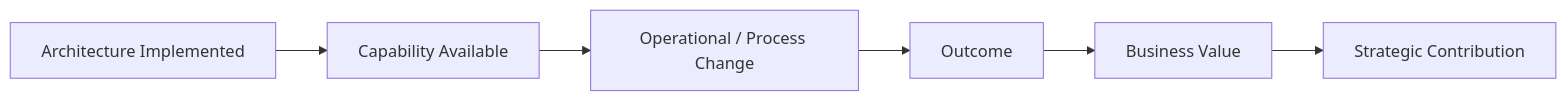
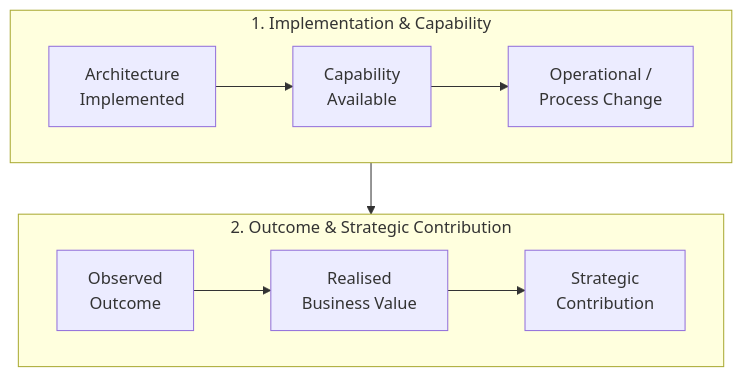
One commit to avfranco-br/portfolio changed the second of 5 diagrams in docs/sop/05-value-realisation-handover.md. Above: the diagram before and after it, drawn with Mermaid. The commit also changed other lines of this file and 10 other files, not shown here.

Commit message:
Refactor Mermaid diagrams across SOP and methods documentation for legibility

````diff
--- a/docs/sop/05-value-realisation-handover.md
+++ b/docs/sop/05-value-realisation-handover.md
@@ -105,8 +121,16 @@
 ```mermaid
-flowchart LR
-    A["Architecture Implemented"] --> B["Capability Available"]
-    B --> C["Operational / Process Change"]
-    C --> D["Outcome"]
-    D --> E["Business Value"]
-    E --> F["Strategic Contribution"]
+flowchart TD
+    subgraph Delivery_Cap["1. Implementation & Capability"]
+        direction LR
+        A["Architecture<br/>Implemented"] --> B["Capability<br/>Available"]
+        B --> C["Operational /<br/>Process Change"]
+    end
+
+    subgraph Outcome_Value["2. Outcome & Strategic Contribution"]
+        direction LR
+        D["Observed<br/>Outcome"] --> E["Realised<br/>Business Value"]
+        E --> F["Strategic<br/>Contribution"]
+    end
+
+    C --> D
 ```
````
